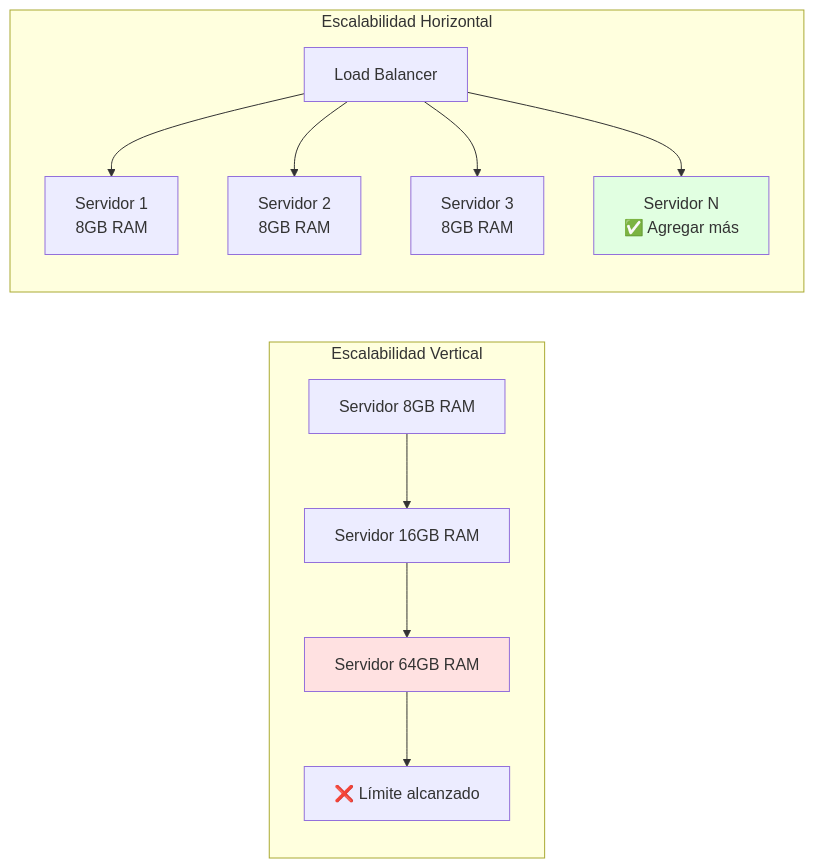
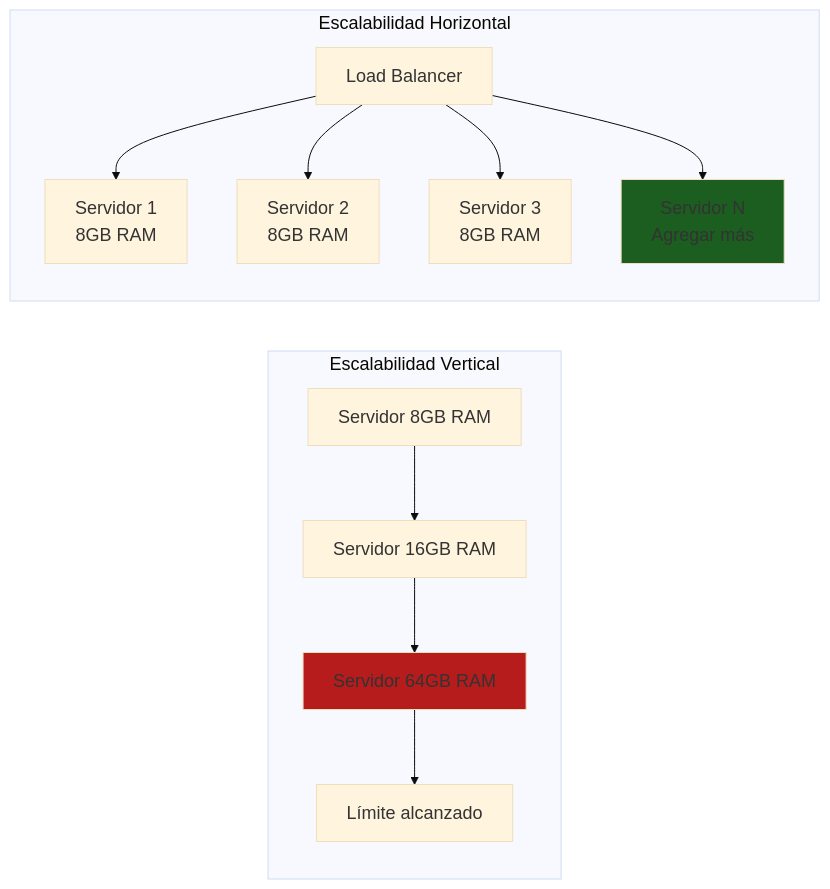
Before and after one commit to Ai-Whisperers/Courses-Content: the third of 20 diagrams in courses/🟡-development/FPUNA-2026/01-DESARROLLO-SOFTWARE/05-diseno-sistemas.md, drawn with Mermaid. The commit also changed other lines of this file and 47 other files, not shown here.

First line of the commit message:
fix: Make all 473 diagrams WCAG AAA accessible (FPUNA-2026)

````diff
--- a/courses/🟡-development/FPUNA-2026/01-DESARROLLO-SOFTWARE/05-diseno-sistemas.md
+++ b/courses/🟡-development/FPUNA-2026/01-DESARROLLO-SOFTWARE/05-diseno-sistemas.md
@@ -86,17 +88,18 @@
 ```mermaid
+%%{init: {'theme':'base', 'themeVariables': {'fontSize':'18px'}}}%%
 graph LR
     subgraph "Escalabilidad Vertical"
         A[Servidor 8GB RAM] --> B[Servidor 16GB RAM] --> C[Servidor 64GB RAM]
-        C --> D[❌ Límite alcanzado]
+        C --> D[Límite alcanzado]
     end
     
     subgraph "Escalabilidad Horizontal"
         E[Load Balancer] --> F1[Servidor 1<br/>8GB RAM]
         E --> F2[Servidor 2<br/>8GB RAM]
         E --> F3[Servidor 3<br/>8GB RAM]
-        E --> F4[Servidor N<br/>✅ Agregar más]
+        E --> F4[Servidor N<br/>Agregar más]
     end
     
-    style C fill:#FFE1E1
-    style F4 fill:#E1FFE1
+    style C fill:#b71c1c
+    style F4 fill:#1b5e20
 ```
````
